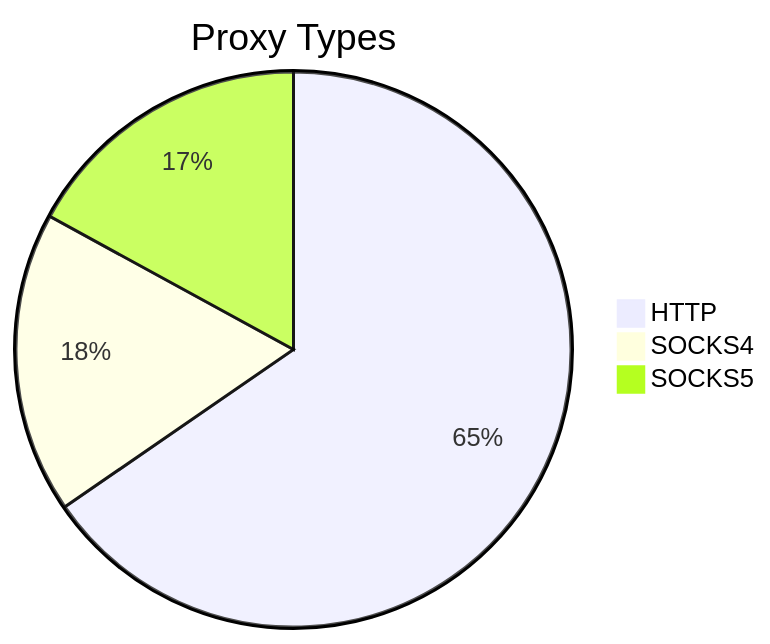
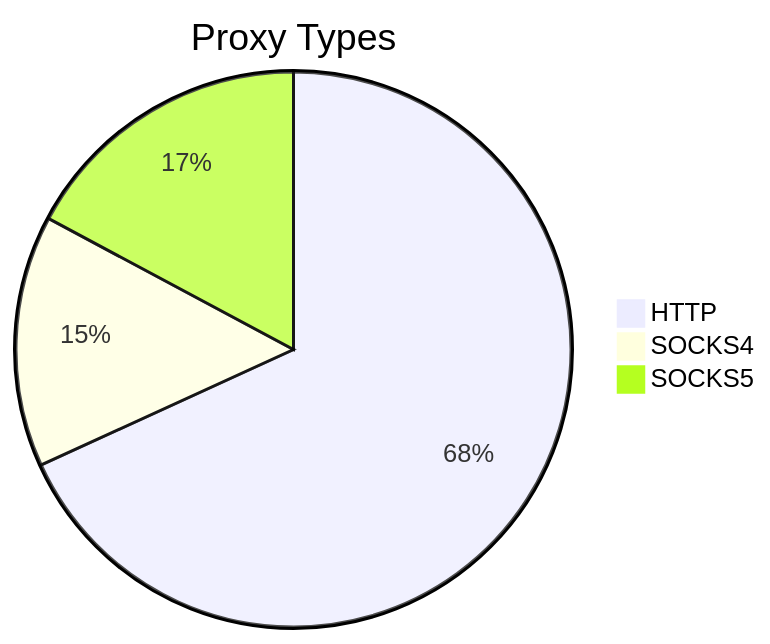
One commit to stormsia/proxy-list changed the first of 2 diagrams in README.md. Above: the diagram before and after it, drawn with Mermaid. The commit also changed other lines of this file, not shown here.

````diff
--- a/README.md
+++ b/README.md
@@ -21,6 +21,6 @@
 ```mermaid
 pie title Proxy Types
-    "HTTP" : 380
-    "SOCKS4" : 102
-    "SOCKS5" : 99
+    "HTTP" : 242
+    "SOCKS4" : 52
+    "SOCKS5" : 61
 ```
````
